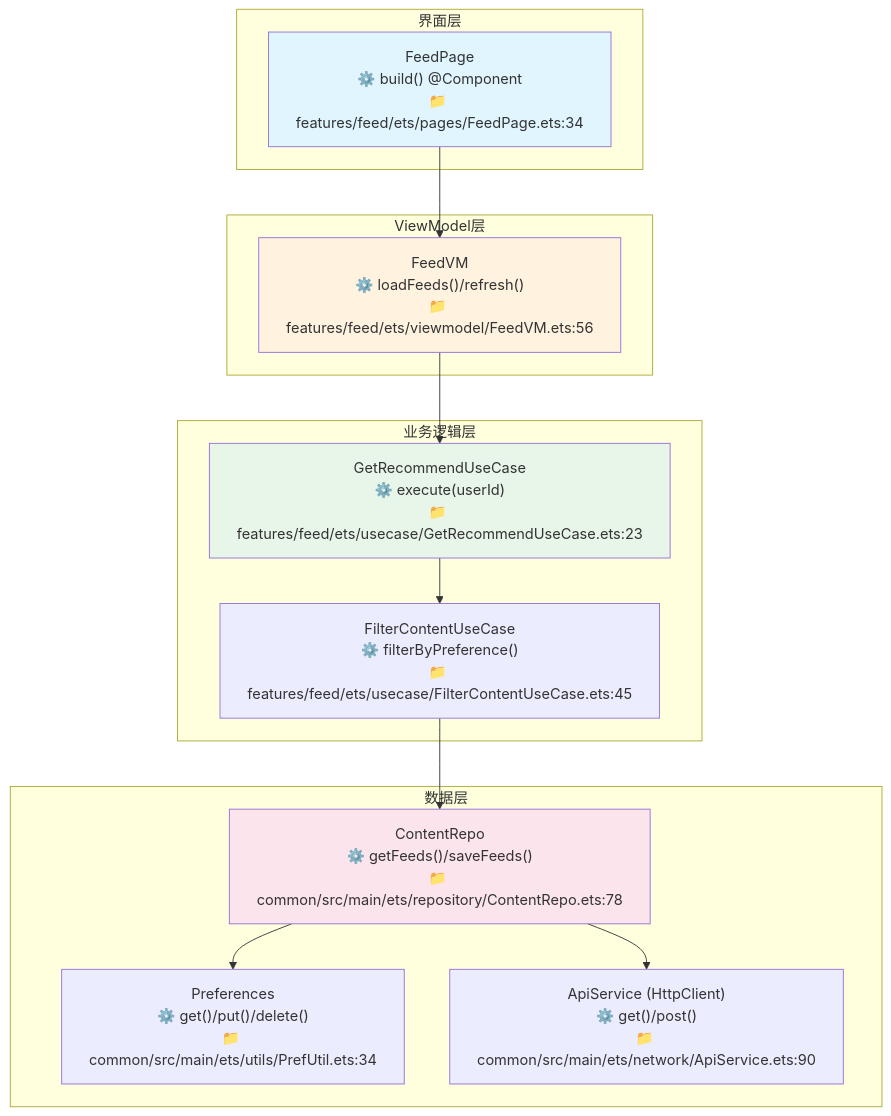
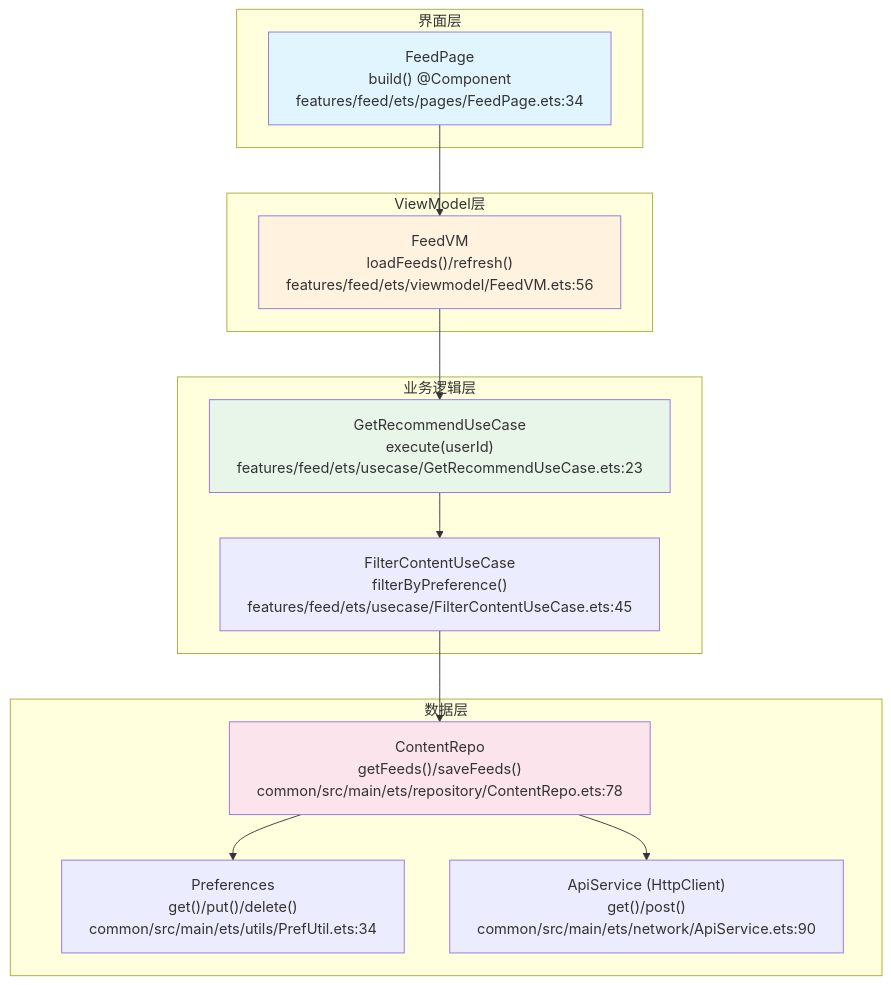
Before and after one commit to CaostGrace/project-arch-reverse: the fourth of 5 diagrams in references/harmonyos-template.md, drawn with Mermaid. The commit also changed other lines of this file and 10 other files, not shown here.

Commit message:
fix: 修复 12.1 流程图 Mermaid 渲染问题 - 结构重组+节点引号+形状修复

````diff
--- a/references/harmonyos-template.md
+++ b/references/harmonyos-template.md
@@ -482,33 +497,34 @@
 ```mermaid
 flowchart TB
     subgraph UI[界面层]
-        FEED_PAGE["FeedPage<br/>⚙️ build() @Component<br/>📁 features/feed/ets/pages/FeedPage.ets:34"]
+        FEED_PAGE["FeedPage<br>build() @Component<br>features/feed/ets/pages/FeedPage.ets:34"]
+    end
+    subgraph VM[ViewModel层]
+        FEED_VM["FeedVM<br>loadFeeds()/refresh()<br>features/feed/ets/viewmodel/FeedVM.ets:56"]
+    end
+    subgraph UseCase[业务逻辑层]
+        GET_RECOMMEND["GetRecommendUseCase<br>execute(userId)<br>features/feed/ets/usecase/GetRecommendUseCase.ets:23"]
+        FILTER_CONTENT["FilterContentUseCase<br>filterByPreference()<br>features/feed/ets/usecase/FilterContentUseCase.ets:45"]
+    end
+    subgraph Data[数据层]
+        REPO["ContentRepo<br>getFeeds()/saveFeeds()<br>common/src/main/ets/repository/ContentRepo.ets:78"]
+        LOCAL_DS["Preferences<br>get()/put()/delete()<br>common/src/main/ets/utils/PrefUtil.ets:34"]
+        REMOTE_DS["ApiService (HttpClient)<br>get()/post()<br>common/src/main/ets/network/ApiService.ets:90"]
     end
 
-    subgraph VM[ViewModel层]
-        FEED_VM["FeedVM<br/>⚙️ loadFeeds()/refresh()<br/>📁 features/feed/ets/viewmodel/FeedVM.ets:56"]
-    end
 
-    subgraph UseCase[业务逻辑层]
-        GET_RECOMMEND["GetRecommendUseCase<br/>⚙️ execute(userId)<br/>📁 features/feed/ets/usecase/GetRecommendUseCase.ets:23"]
-        FILTER_CONTENT["FilterContentUseCase<br/>⚙️ filterByPreference()<br/>📁 features/feed/ets/usecase/FilterContentUseCase.ets:45"]
-    end
 
-    subgraph Data[数据层]
-        REPO["ContentRepo<br/>⚙️ getFeeds()/saveFeeds()<br/>📁 common/src/main/ets/repository/ContentRepo.ets:78"]
-        LOCAL_DS["Preferences<br/>⚙️ get()/put()/delete()<br/>📁 common/src/main/ets/utils/PrefUtil.ets:34"]
-        REMOTE_DS["ApiService (HttpClient)<br/>⚙️ get()/post()<br/>📁 common/src/main/ets/network/ApiService.ets:90"]
-    end
 
-    FEED_PAGE --> FEED_VM
-    FEED_VM --> GET_RECOMMEND
-    GET_RECOMMEND --> FILTER_CONTENT
-    FILTER_CONTENT --> REPO
-    REPO --> LOCAL_DS
-    REPO --> REMOTE_DS
 
-    style FEED_PAGE fill:#e1f5fe
-    style FEED_VM fill:#fff3e0
-    style GET_RECOMMEND fill:#e8f5e9
-    style REPO fill:#fce4ec
+FEED_PAGE --> FEED_VM
+FEED_VM --> GET_RECOMMEND
+GET_RECOMMEND --> FILTER_CONTENT
+FILTER_CONTENT --> REPO
+REPO --> LOCAL_DS
+REPO --> REMOTE_DS
+
+style FEED_PAGE fill:#e1f5fe
+style FEED_VM fill:#fff3e0
+style GET_RECOMMEND fill:#e8f5e9
+style REPO fill:#fce4ec
 ```
````
